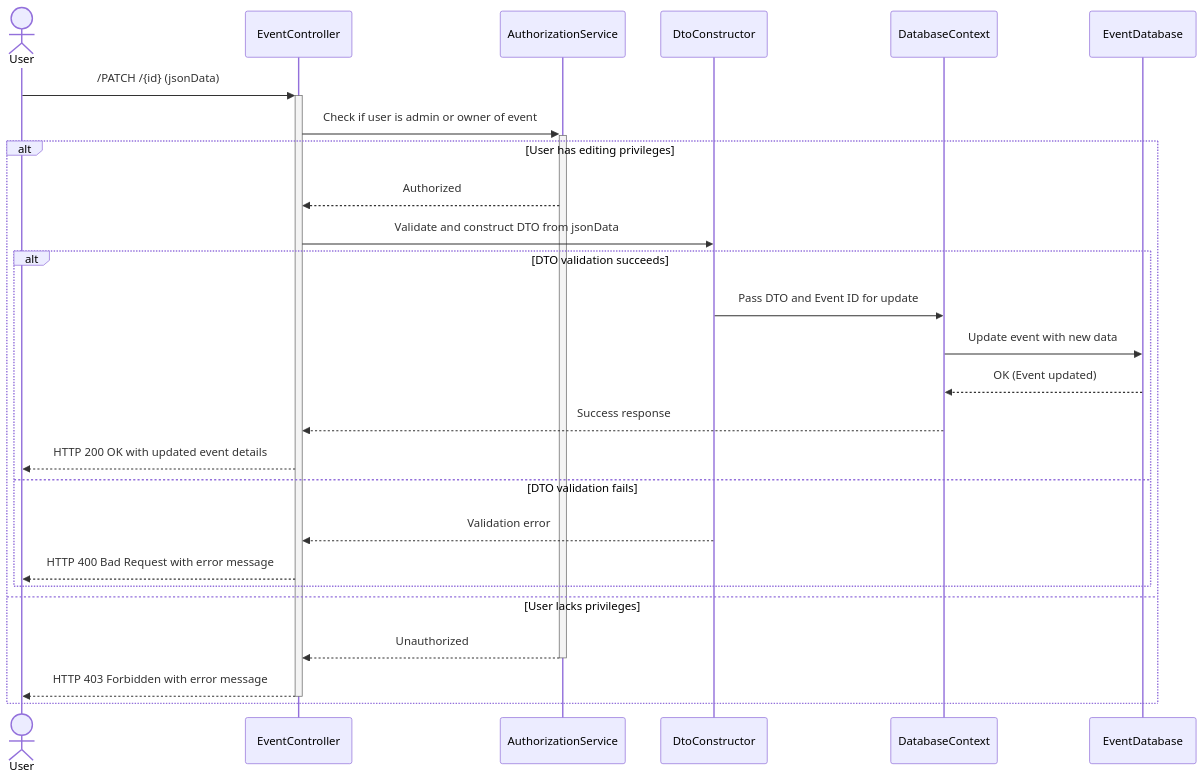
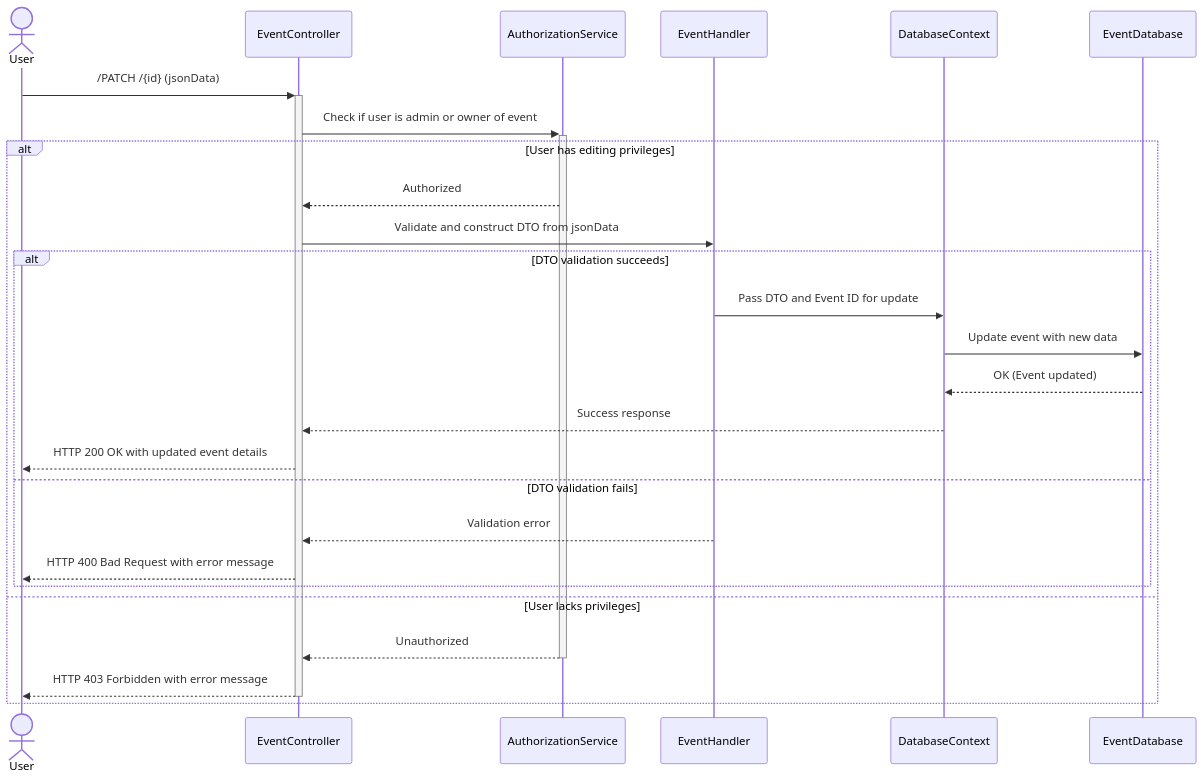
The seventh of 9 diagrams in design_document.md (JohnB08/Event_Signup_MVC), drawn with Mermaid before and after one commit. The commit also changed other lines of this file and 4 other files, not shown here.

````diff
--- a/design_document.md
+++ b/design_document.md
@@ -214,29 +214,29 @@
 ```mermaid
 sequenceDiagram
     actor User
     participant EventController
     participant AuthorizationService
-    participant DtoConstructor
+    participant EventHandler
     participant DatabaseContext
     participant EventDatabase
 
     User ->>+ EventController: /PATCH /{id} (jsonData)
     EventController ->>+ AuthorizationService: Check if user is admin or owner of event
     alt User has editing privileges
         AuthorizationService -->> EventController: Authorized
-        EventController ->> DtoConstructor: Validate and construct DTO from jsonData
+        EventController ->> EventHandler: Validate and construct DTO from jsonData
         alt DTO validation succeeds
-            DtoConstructor ->> DatabaseContext: Pass DTO and Event ID for update
+            EventHandler ->> DatabaseContext: Pass DTO and Event ID for update
             DatabaseContext ->> EventDatabase: Update event with new data
             EventDatabase -->> DatabaseContext: OK (Event updated)
             DatabaseContext -->> EventController: Success response
             EventController -->> User: HTTP 200 OK with updated event details
         else DTO validation fails
-            DtoConstructor -->> EventController: Validation error
+            EventHandler -->> EventController: Validation error
             EventController -->> User: HTTP 400 Bad Request with error message
         end
     else User lacks privileges
         AuthorizationService -->>- EventController: Unauthorized
         EventController -->>- User: HTTP 403 Forbidden with error message
     end
 ```
````
